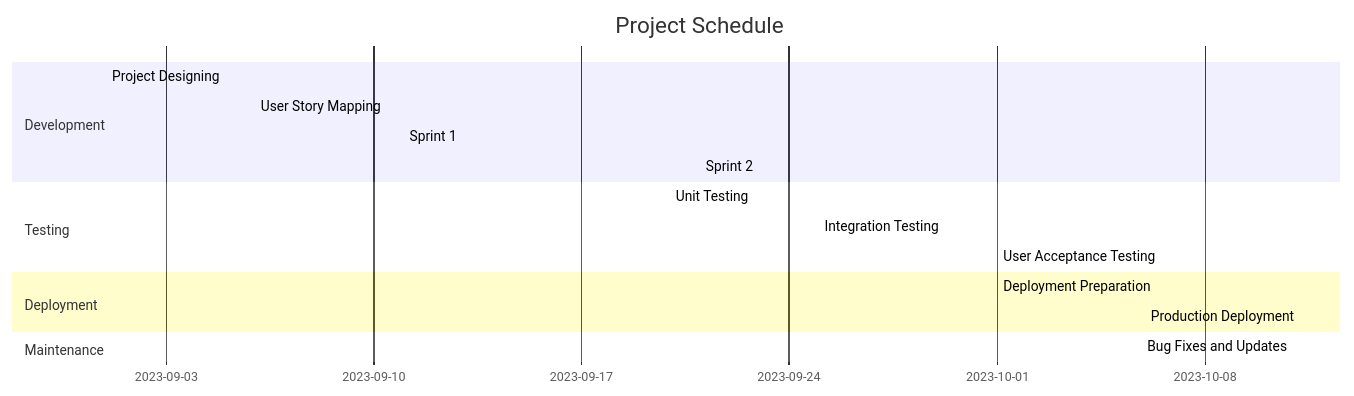
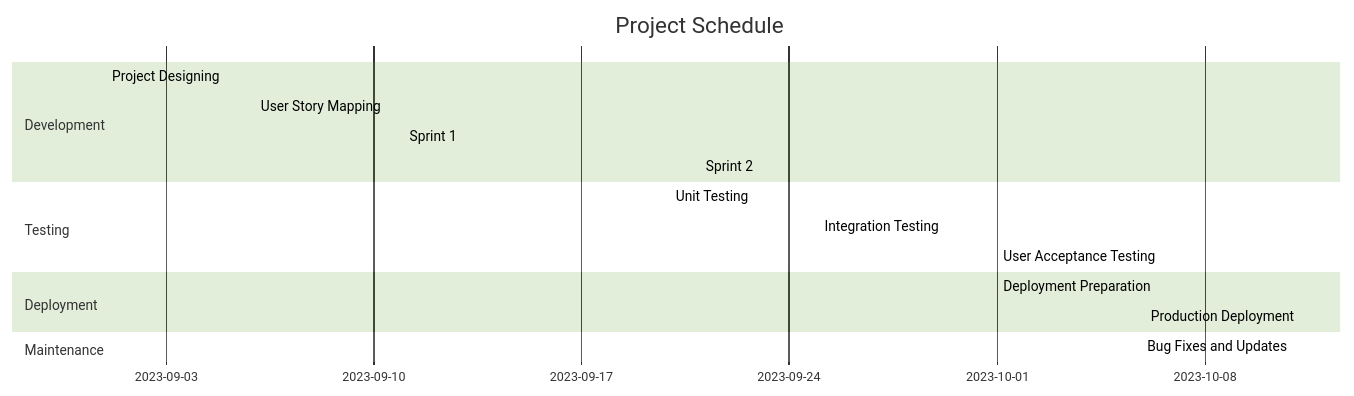
The diagram in Gantt_diagram/Gantt_diagram.md (muthurajmp55/mermaid-poc), drawn with Mermaid before and after one commit. The commit also changed 2 other files, not shown here.

Commit message:
added themes On branch main

`````diff
--- a/Gantt_diagram/Gantt_diagram.md
+++ b/Gantt_diagram/Gantt_diagram.md
@@ -3,22 +3,36 @@
 ````mermaid
+%%{
+  init: {
+    'theme': 'forest',
+    'themeVariables': {
+      'primaryColor': '#DAA520',
+      'primaryTextColor': '#000000',
+      'primaryBorderColor': '#7C0000',
+      'lineColor': '#F8B229',
+      'secondaryColor': '#F08080',
+      'tertiaryColor': '#F4A460'
+    }
+  }
+}%%
+
 gantt
 title Project Schedule
 
     section Development
     Project Designing : a1, 2023-09-01, 2023-09-05
     User Story Mapping: a2, 2023-09-06, 2023-09-10
     Sprint 1: a3, 2023-09-11, 2023-09-20
     Sprint 2: a4, 2023-09-21, 2023-09-30
 
     section Testing
     Unit Testing: b1, 2023-09-20, 2023-09-24
     Integration Testing: b2, 2023-09-25, 2023-09-30
     User Acceptance Testing: b3, 2023-10-01, 2023-10-05
 
     section Deployment
     Deployment Preparation: c1, 2023-10-01, 2023-10-05
     Production Deployment: c2, 2023-10-06, 2023-10-10
 
     section Maintenance
     Bug Fixes and Updates: d1, 2023-10-11, 2023-11-30```
 ````
`````
